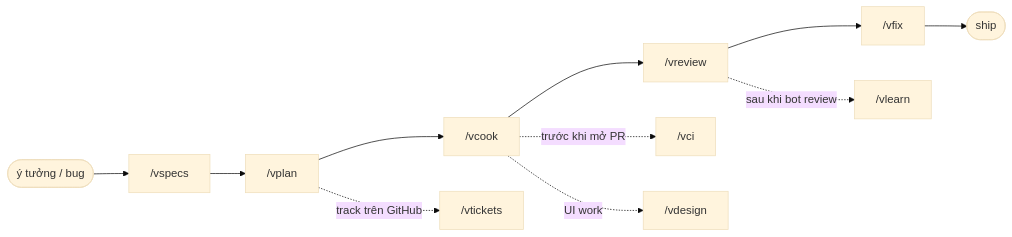
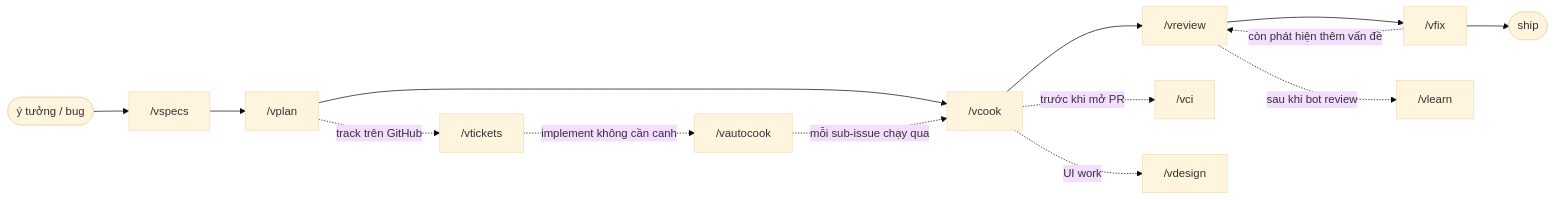
One commit to vyvu99/vskills changed the diagram in README.vi.md. Above: the diagram before and after it, drawn with Mermaid (base theme). The commit also changed other lines of this file and 11 other files, not shown here.

````diff
--- a/README.vi.md
+++ b/README.vi.md
@@ -26,14 +41,17 @@
 ```mermaid
 flowchart LR
     idea(["ý tưởng / bug"]) --> specs["/vspecs"]
     specs --> plan["/vplan"]
     plan --> cook["/vcook"]
     cook --> review["/vreview"]
     review --> fix["/vfix"]
+    fix -. còn phát hiện thêm vấn đề .-> review
     fix --> ship(["ship"])
 
-    plan -. track trên GitHub .-> issues["/vtickets"]
-    cook -. trước khi mở PR .-> check["/vci"]
+    plan -. track trên GitHub .-> tickets["/vtickets"]
+    tickets -. implement không cần canh .-> auto["/vautocook"]
+    auto -. mỗi sub-issue chạy qua .-> cook
+    cook -. trước khi mở PR .-> ci["/vci"]
     cook -. UI work .-> design["/vdesign"]
-    review -. sau khi bot review .-> rules["/vlearn"]
+    review -. sau khi bot review .-> learn["/vlearn"]
 ```
````
